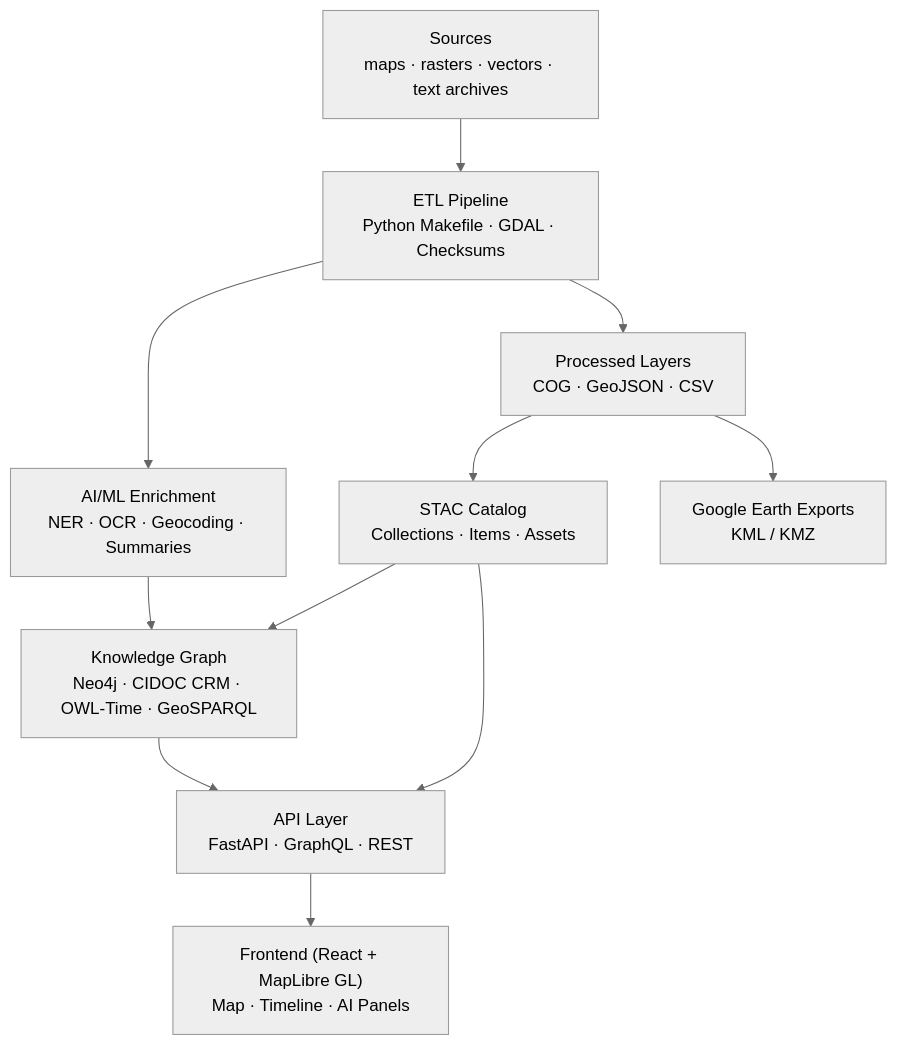
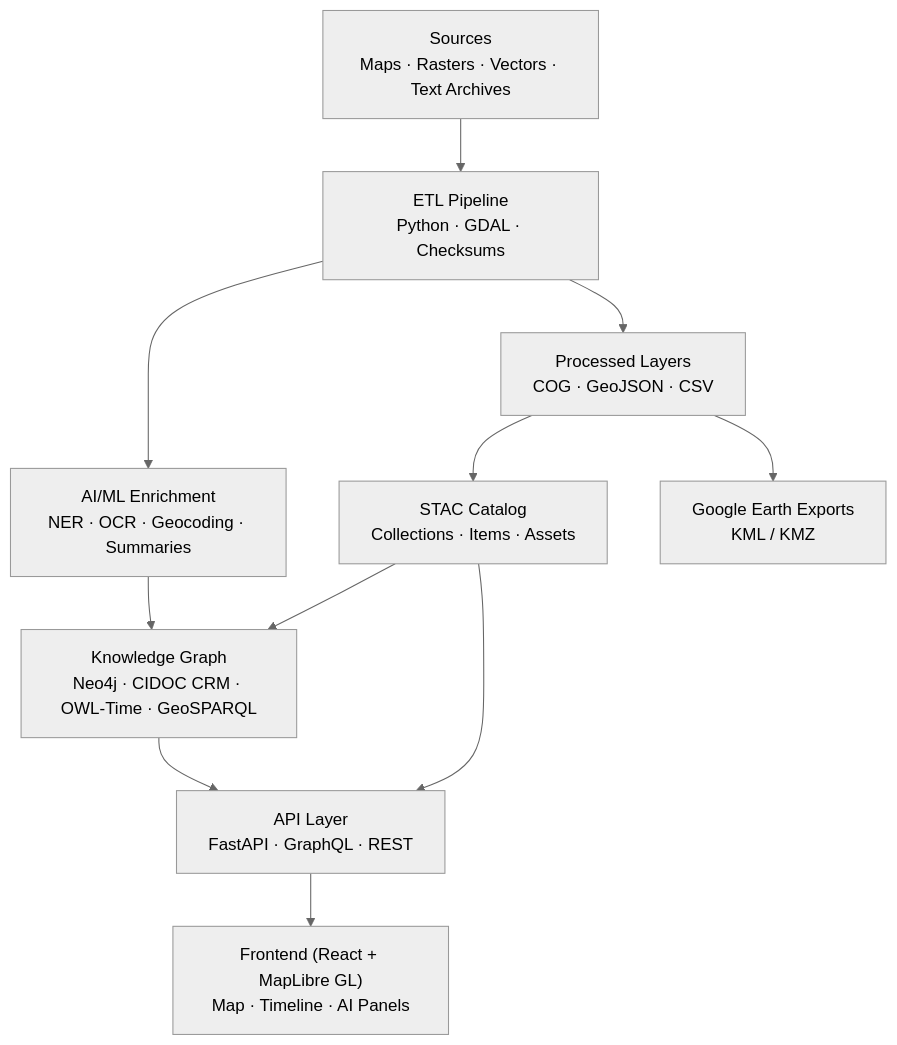
Before and after one commit to bartytime4life/Kansas-Frontier-Matrix: the diagram in ARCHITECTURE.md, drawn with Mermaid (neutral theme). The commit also changed other lines of this file, not shown here.

First line of the commit message:
Update ARCHITECTURE.md for version 1.6.2

````diff
--- a/ARCHITECTURE.md
+++ b/ARCHITECTURE.md
@@ -63,15 +66,15 @@
 ```mermaid
 flowchart TD
-  A["Sources<br/>maps · rasters · vectors · text archives"]
-    --> B["ETL Pipeline<br/>Python Makefile · GDAL · Checksums"]
+  A["Sources<br/>Maps · Rasters · Vectors · Text Archives"]
+    --> B["ETL Pipeline<br/>Python · GDAL · Checksums"]
   B --> C["Processed Layers<br/>COG · GeoJSON · CSV"]
   B --> I["AI/ML Enrichment<br/>NER · OCR · Geocoding · Summaries"]
   C --> D["STAC Catalog<br/>Collections · Items · Assets"]
   D --> H["Knowledge Graph<br/>Neo4j · CIDOC CRM · OWL-Time · GeoSPARQL"]
   I --> H
   D --> J["API Layer<br/>FastAPI · GraphQL · REST"]
   H --> J
   J --> F["Frontend (React + MapLibre GL)<br/>Map · Timeline · AI Panels"]
   C --> K["Google Earth Exports<br/>KML / KMZ"]
 %% END OF MERMAID
 ```
````
